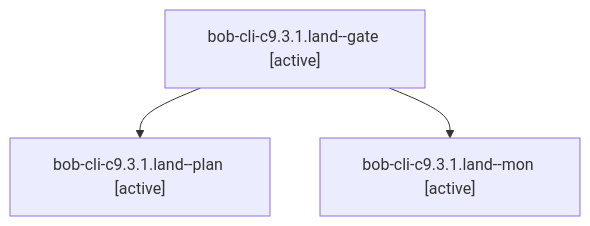
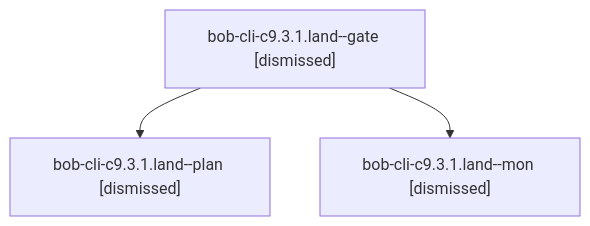
The diagram in sessions/bbugyi200.athena.bob-cli-c9.3.1.land.md (bobs-org/bob-cli--agents), drawn with Mermaid before and after one commit. The commit also changed other lines of this file and 130 other files, not shown here.

````diff
--- a/sessions/bbugyi200.athena.bob-cli-c9.3.1.land.md
+++ b/sessions/bbugyi200.athena.bob-cli-c9.3.1.land.md
@@ -9,8 +9,8 @@
 ```mermaid
 flowchart TD
-  n0["bob-cli-c9.3.1.land--gate [active]"]
-  n1["bob-cli-c9.3.1.land--plan [active]"]
+  n0["bob-cli-c9.3.1.land--gate [dismissed]"]
+  n1["bob-cli-c9.3.1.land--plan [dismissed]"]
   n0 --> n1
-  n2["bob-cli-c9.3.1.land--mon [active]"]
+  n2["bob-cli-c9.3.1.land--mon [dismissed]"]
   n0 --> n2
 ```
````
